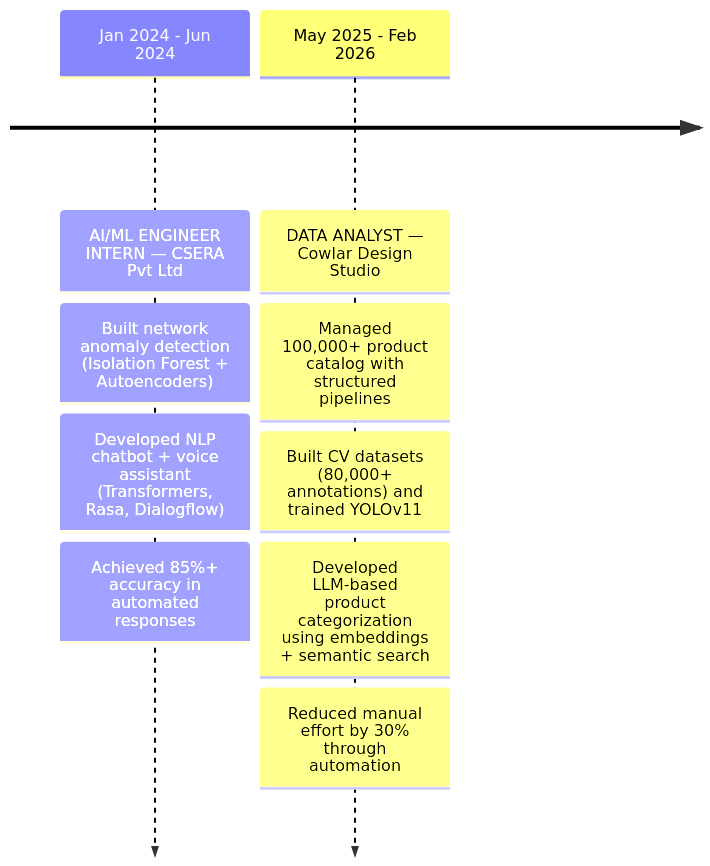
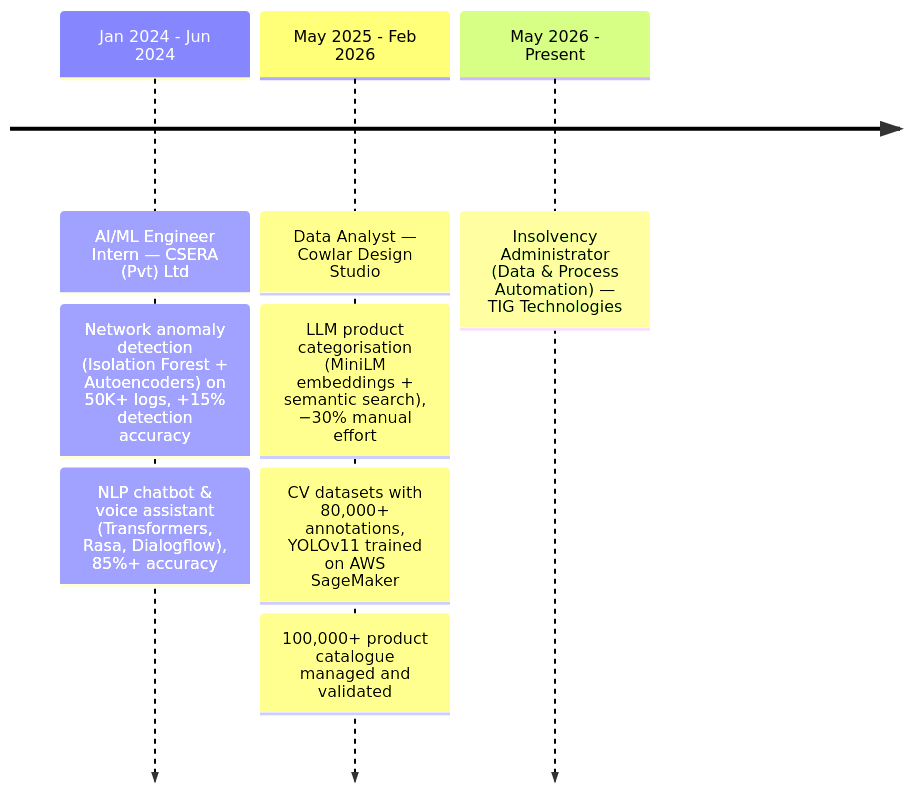
Before and after one commit to MunimAkbar/MunimAkbar: the first of 2 diagrams in README.md, drawn with Mermaid. The commit also changed other lines of this file, not shown here.

````diff
--- a/README.md
+++ b/README.md
@@ -118,14 +131,11 @@
 ```mermaid
 timeline
-
-    Jan 2024 - Jun 2024 : AI/ML ENGINEER INTERN — CSERA Pvt Ltd
-                        : Built network anomaly detection (Isolation Forest + Autoencoders)
-                        : Developed NLP chatbot + voice assistant (Transformers, Rasa, Dialogflow)
-                        : Achieved 85%+ accuracy in automated responses
-
-    May 2025 - Feb 2026 : DATA ANALYST — Cowlar Design Studio
-                        : Managed 100,000+ product catalog with structured pipelines
-                        : Built CV datasets (80,000+ annotations) and trained YOLOv11
-                        : Developed LLM-based product categorization using embeddings + semantic search
-                        : Reduced manual effort by 30% through automation
+    Jan 2024 - Jun 2024 : AI/ML Engineer Intern — CSERA (Pvt) Ltd
+                        : Network anomaly detection (Isolation Forest + Autoencoders) on 50K+ logs, +15% detection accuracy
+                        : NLP chatbot & voice assistant (Transformers, Rasa, Dialogflow), 85%+ accuracy
+    May 2025 - Feb 2026 : Data Analyst — Cowlar Design Studio
+                        : LLM product categorisation (MiniLM embeddings + semantic search), −30% manual effort
+                        : CV datasets with 80,000+ annotations, YOLOv11 trained on AWS SageMaker
+                        : 100,000+ product catalogue managed and validated
+    May 2026 - Present  : Insolvency Administrator (Data & Process Automation) — TIG Technologies
 ```
````
